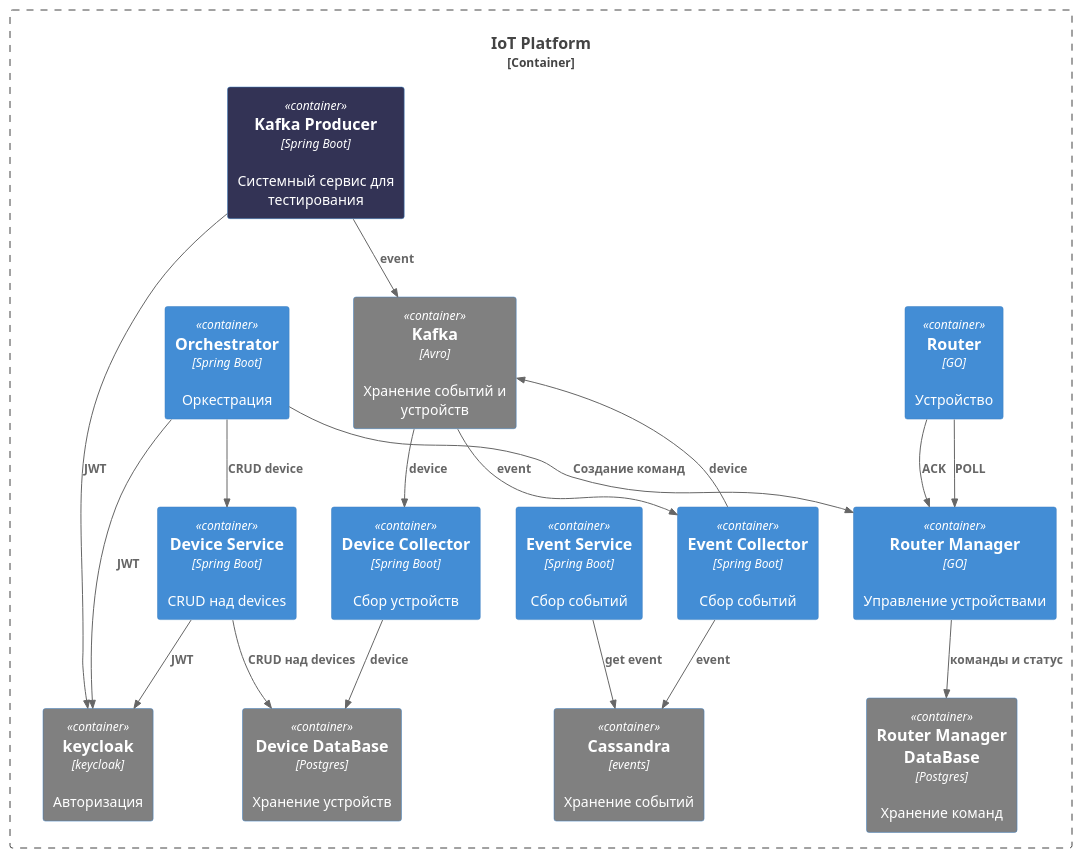
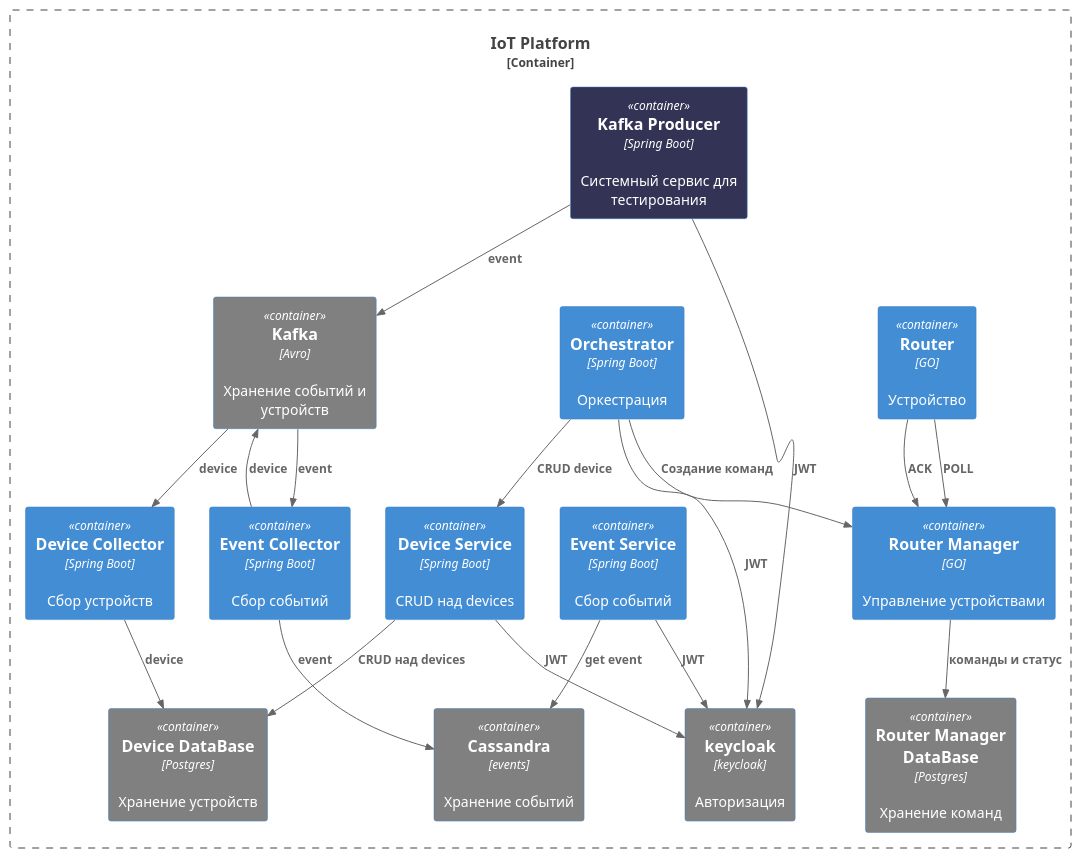
One commit to ApenDover/ourcode-iot-platform changed the diagram in diagrams/common/iot-system.puml. Above: the diagram before and after it, drawn with PlantUML. The commit also changed 7 other files, not shown here.

```diff
--- a/diagrams/common/iot-system.puml
+++ b/diagrams/common/iot-system.puml
@@ -1,38 +1,39 @@
 @startuml Containers
 !includeurl https://raw.githubusercontent.com/plantuml-stdlib/C4-PlantUML/master/C4_Container.puml
 
 Container_Boundary(platform, "IoT Platform") {
     Container(router, "Router", "GO", "Устройство")
     Container(routermanager, "Router Manager", "GO", "Управление устройствами")
     Container(eventcollector, "Event Collector", "Spring Boot", "Сбор событий")
     Container(cassandra, "Cassandra", "events", "Хранение событий") #gray
     Container(eventservice, "Event Service", "Spring Boot", "Сбор событий")
     Container(devicecollector, "Device Collector", "Spring Boot", "Сбор устройств")
     Container(routermanagerdb, "Router Manager DataBase", "Postgres", "Хранение команд") #gray
     Container(devicedb, "Device DataBase", "Postgres", "Хранение устройств") #gray
     Container(devser, "Device Service", "Spring Boot", "CRUD над devices")
     Container(kafkaproducer, "Kafka Producer", "Spring Boot", "Системный сервис для тестирования") #333355
     Container(kafka, "Kafka", "Avro", "Хранение событий и устройств") #gray
     Container(keycloak, "keycloak", "keycloak", "Авторизация") #gray
     Container(orchestrator, "Orchestrator", "Spring Boot", "Оркестрация")
 }
 Rel("orchestrator", "devser", "CRUD device")
 Rel("orchestrator", "routermanager", "Создание команд")
 Rel("orchestrator", "keycloak", "JWT")
 
 Rel("kafkaproducer", "kafka", "event")
 Rel("kafkaproducer", "keycloak", "JWT")
 Rel("devser", "keycloak", "JWT")
+Rel("eventservice", "keycloak", "JWT")
 Rel("kafka", "eventcollector", "event")
 Rel("eventcollector", "cassandra", "event")
 Rel("eventservice", "cassandra", "get event")
 Rel("eventcollector", "kafka", "device")
 Rel("kafka", "devicecollector", "device")
 Rel("devicecollector", "devicedb", "device")
 Rel("devser", "devicedb", "CRUD над devices")
 
 Rel("router", "routermanager", "POLL")
 Rel("router", "routermanager", "ACK")
 Rel("routermanager", "routermanagerdb", "команды и статус")
 
 @enduml
```
